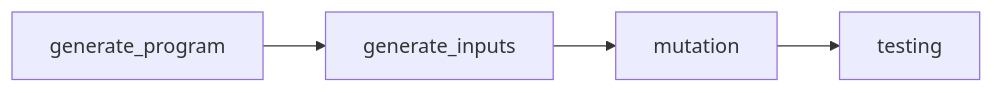
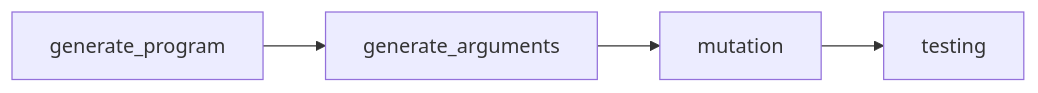
Before and after one commit to eugenetangkj/automated-testing-engine: the diagram in README.md, drawn with Mermaid. The commit also changed 9 other files, not shown here.

````diff
--- a/README.md
+++ b/README.md
@@ -25,6 +25,6 @@
 ```mermaid
 flowchart LR
-	generate_program --> generate_inputs
-    generate_inputs --> mutation
+	generate_program --> generate_arguments
+    generate_arguments --> mutation
     mutation --> testing
 ```
````
